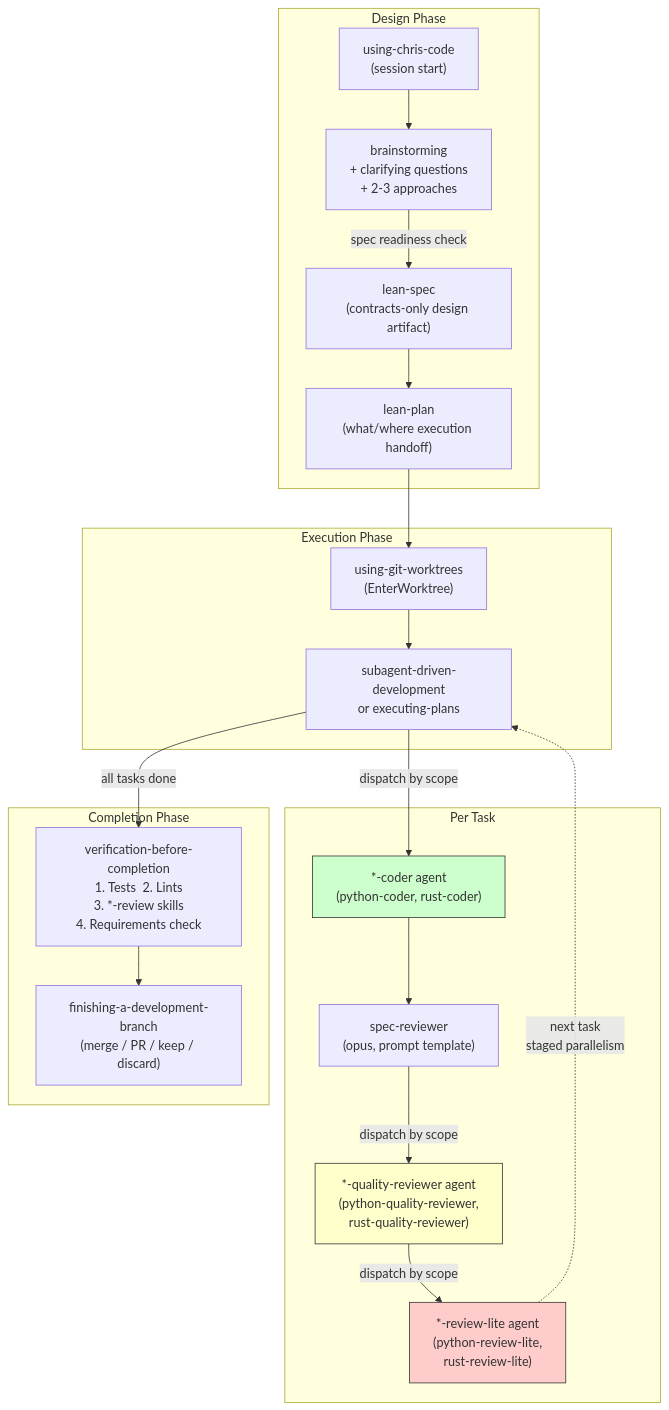
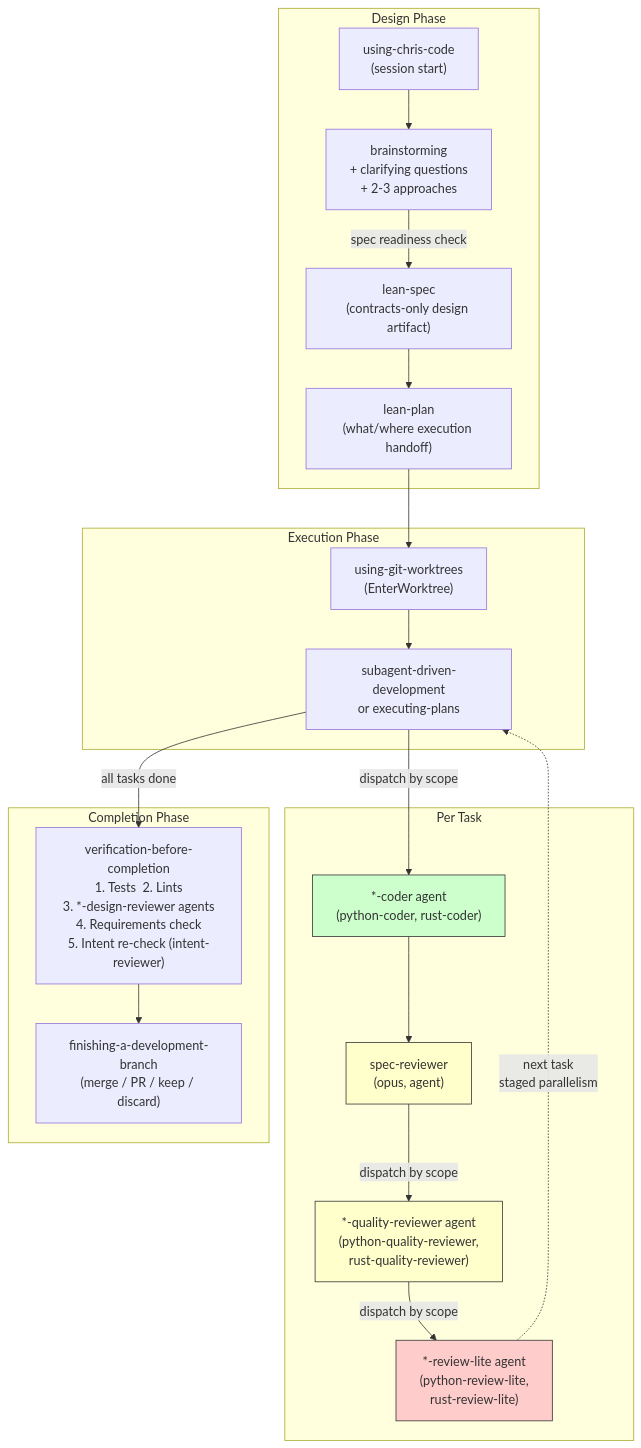
The diagram in chris-code/README.md (chris-santiago/claude-plugins), drawn with Mermaid before and after one commit. The commit also changed other lines of this file and 11 other files, not shown here.

````diff
--- a/chris-code/README.md
+++ b/chris-code/README.md
@@ -132,43 +132,43 @@
 ```mermaid
 flowchart TB
     subgraph Design Phase
         using["using-chris-code<br/>(session start)"]
         brainstorm["brainstorming<br/>+ clarifying questions<br/>+ 2-3 approaches"]
         spec["lean-spec<br/>(contracts-only design artifact)"]
         plan["lean-plan<br/>(what/where execution handoff)"]
     end
 
     subgraph Execution Phase
         worktree["using-git-worktrees<br/>(EnterWorktree)"]
         execute["subagent-driven-development<br/>or executing-plans"]
     end
 
     subgraph Per Task
         coder["*-coder agent<br/>(python-coder, rust-coder)"]:::agent
-        spec_review["spec-reviewer<br/>(opus, prompt template)"]
+        spec_review["spec-reviewer<br/>(opus, agent)"]:::reviewer
         quality["*-quality-reviewer agent<br/>(python-quality-reviewer,<br/>rust-quality-reviewer)"]:::reviewer
         commit_gate["*-review-lite agent<br/>(python-review-lite,<br/>rust-review-lite)"]:::gate
     end
 
     subgraph Completion Phase
-        verify["verification-before-completion<br/>1. Tests  2. Lints<br/>3. *-review skills<br/>4. Requirements check"]
+        verify["verification-before-completion<br/>1. Tests  2. Lints<br/>3. *-design-reviewer agents<br/>4. Requirements check<br/>5. Intent re-check (intent-reviewer)"]
         finish["finishing-a-development-branch<br/>(merge / PR / keep / discard)"]
     end
 
     using --> brainstorm
     brainstorm -->|spec readiness check| spec
     spec --> plan
     plan --> worktree
     worktree --> execute
     execute -->|dispatch by scope| coder
     coder --> spec_review
     spec_review -->|dispatch by scope| quality
     quality -->|dispatch by scope| commit_gate
     commit_gate -.->|next task<br/>staged parallelism| execute
     execute -->|all tasks done| verify
     verify --> finish
 
     classDef agent fill:#ccffcc,stroke:#333
     classDef reviewer fill:#ffffcc,stroke:#333
     classDef gate fill:#ffcccc,stroke:#333
 ```
````
